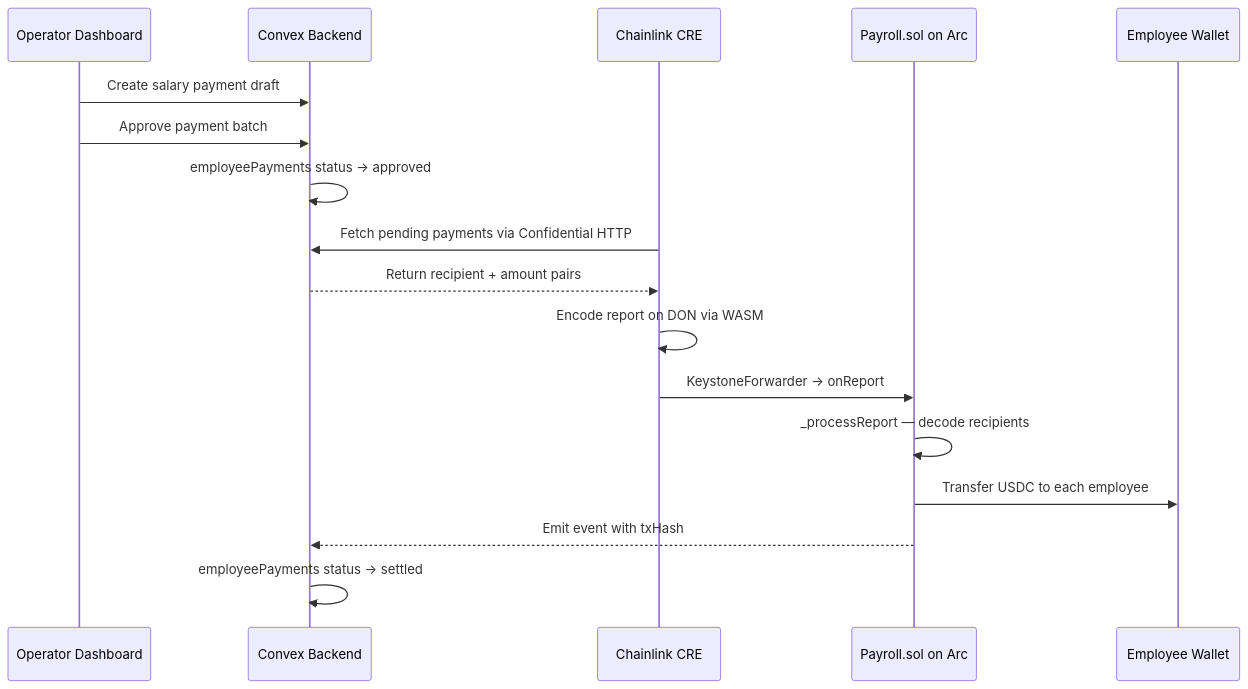
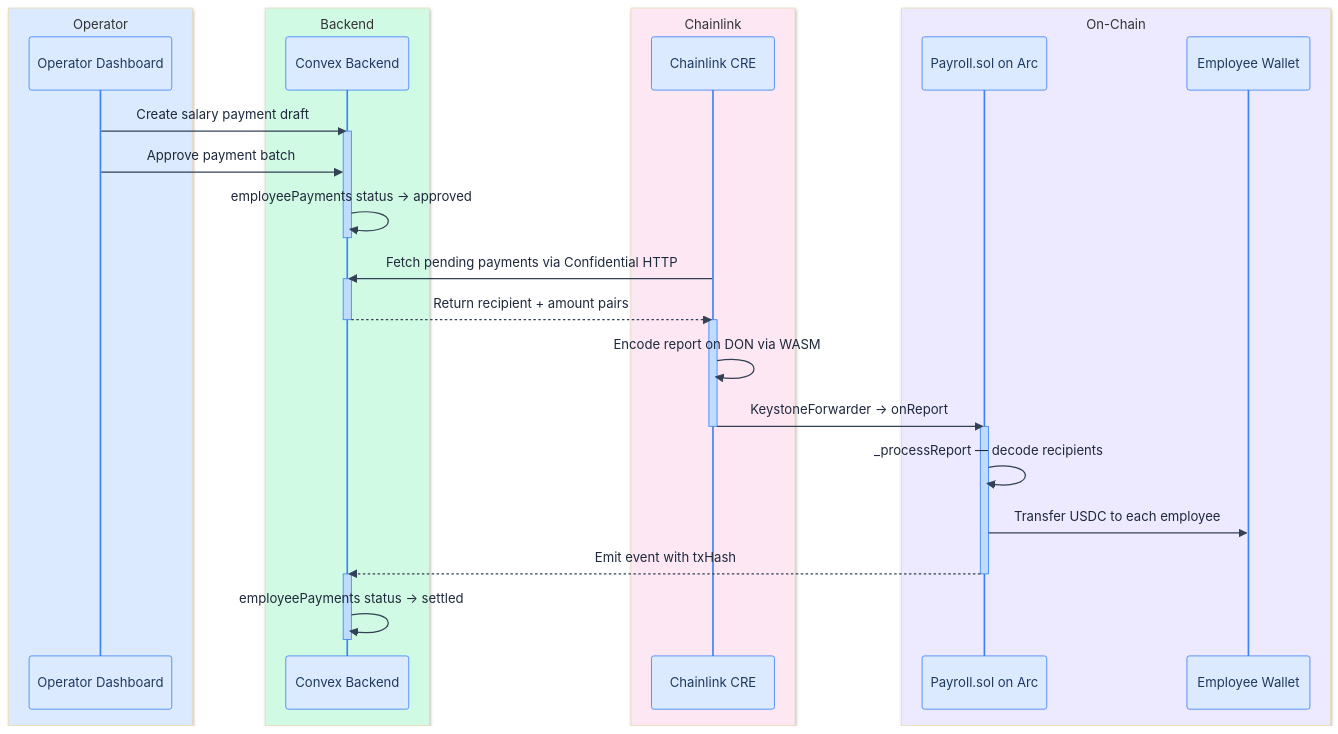
One commit to Cannes2026EthGlobal/webapp changed the third of 8 diagrams in ARCHITECTURE.md. Above: the diagram before and after it, drawn with Mermaid. The commit also changed other lines of this file, not shown here.

First line of the commit message:
docs: add colors, themed styling, and legend to architecture diagrams

````diff
--- a/ARCHITECTURE.md
+++ b/ARCHITECTURE.md
@@ -77,20 +135,39 @@
 ```mermaid
+%%{init: {'theme': 'base', 'themeVariables': {'actorBkg': '#dbeafe', 'actorBorder': '#3b82f6', 'actorTextColor': '#1e3a5f', 'activationBkgColor': '#bfdbfe', 'activationBorderColor': '#3b82f6', 'signalColor': '#334155', 'signalTextColor': '#1e293b', 'noteBkgColor': '#fef9c3', 'noteBorderColor': '#eab308', 'noteTextColor': '#713f12', 'labelBoxBkgColor': '#f8fafc', 'labelTextColor': '#334155'}}}%%
 sequenceDiagram
-    participant Op as Operator Dashboard
-    participant CX as Convex Backend
-    participant CRE as Chainlink CRE
-    participant PAY as Payroll.sol on Arc
-    participant EW as Employee Wallet
+    box rgb(219, 234, 254) Operator
+        participant Op as Operator Dashboard
+    end
+    box rgb(209, 250, 229) Backend
+        participant CX as Convex Backend
+    end
+    box rgb(252, 231, 243) Chainlink
+        participant CRE as Chainlink CRE
+    end
+    box rgb(237, 233, 254) On-Chain
+        participant PAY as Payroll.sol on Arc
+        participant EW as Employee Wallet
+    end
 
     Op->>CX: Create salary payment draft
+    activate CX
     Op->>CX: Approve payment batch
     CX->>CX: employeePayments status → approved
+    deactivate CX
     CRE->>CX: Fetch pending payments via Confidential HTTP
+    activate CX
     CX-->>CRE: Return recipient + amount pairs
+    deactivate CX
+    activate CRE
     CRE->>CRE: Encode report on DON via WASM
     CRE->>PAY: KeystoneForwarder → onReport
+    deactivate CRE
+    activate PAY
     PAY->>PAY: _processReport — decode recipients
     PAY->>EW: Transfer USDC to each employee
     PAY-->>CX: Emit event with txHash
+    deactivate PAY
+    activate CX
     CX->>CX: employeePayments status → settled
+    deactivate CX
 ```
````
